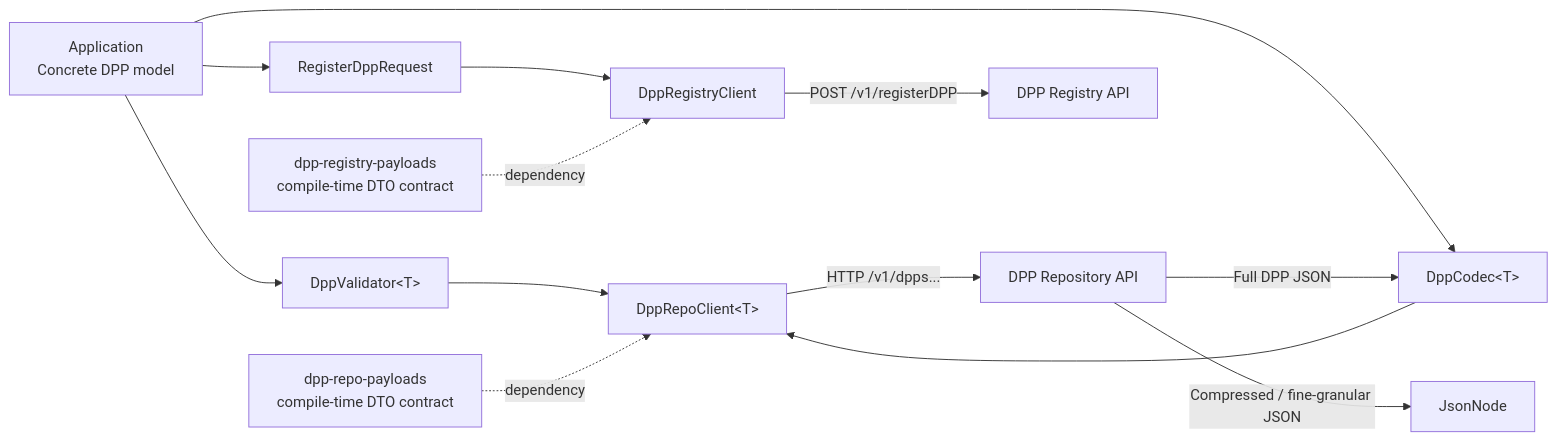
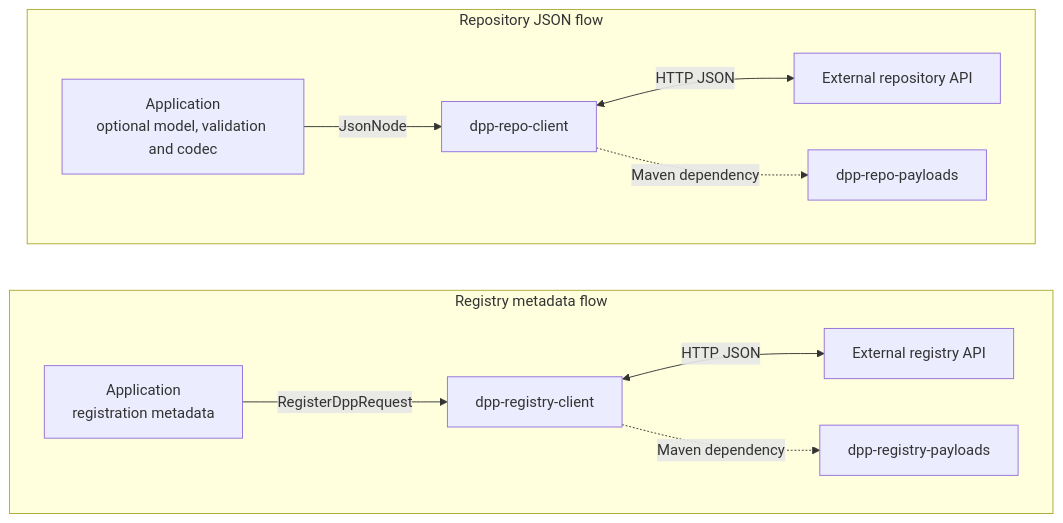
Before and after one commit to CIR4FUN-EU/java-dpp-sdk: the diagram in dpp-sdk-clients/README.md, drawn with Mermaid. The commit also changed other lines of this file and 502 other files, not shown here.

````diff
--- a/dpp-sdk-clients/README.md
+++ b/dpp-sdk-clients/README.md
@@ -11,18 +6,16 @@
 ```mermaid
-flowchart LR
-    A["Application<br/>Concrete DPP model"] --> V["DppValidator&lt;T&gt;"]
-    A --> C["DppCodec&lt;T&gt;"]
-
-    V --> R["DppRepoClient&lt;T&gt;"]
-    C --> R
-
-    RP["dpp-repo-payloads<br/>compile-time DTO contract"] -. dependency .-> R
-    R -->|"HTTP /v1/dpps..."| REPO["DPP Repository API"]
-    A --> RR["RegisterDppRequest"]
-    RR --> RC["DppRegistryClient"]
-    GP["dpp-registry-payloads<br/>compile-time DTO contract"] -. dependency .-> RC
-    RC -->|"POST /v1/registerDPP"| REG["DPP Registry API"]
-
-    REPO -->|"Full DPP JSON"| C
-    REPO -->|"Compressed / fine-granular JSON"| J["JsonNode"]
+flowchart TB
+    subgraph REPOSITORY["Repository JSON flow"]
+        direction LR
+        A1["Application<br/>optional model, validation and codec"] -->|"JsonNode"| R["dpp-repo-client"]
+        R <-->|"HTTP JSON"| REPO["External repository API"]
+        R -. "Maven dependency" .-> RP["dpp-repo-payloads"]
+    end
+    subgraph REGISTRY["Registry metadata flow"]
+        direction LR
+        A2["Application<br/>registration metadata"] -->|"RegisterDppRequest"| RC["dpp-registry-client"]
+        RC <-->|"HTTP JSON"| REG["External registry API"]
+        RC -. "Maven dependency" .-> GP["dpp-registry-payloads"]
+    end
+    A1 ~~~ A2
 ```
````
